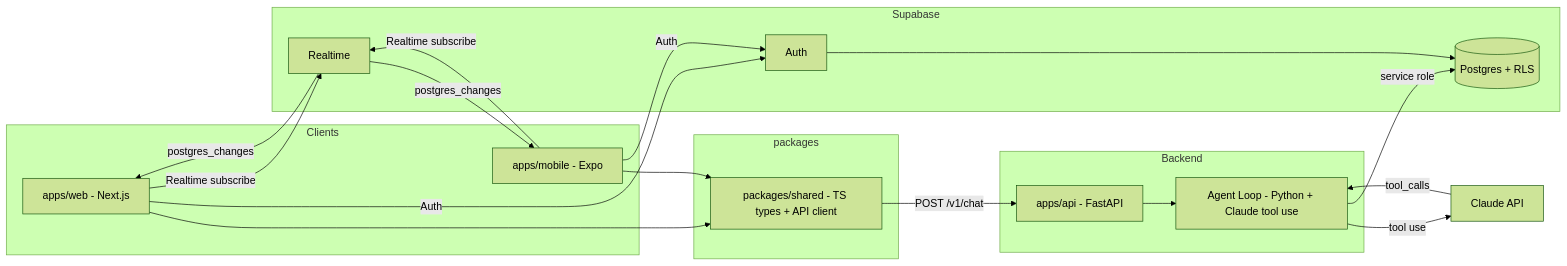
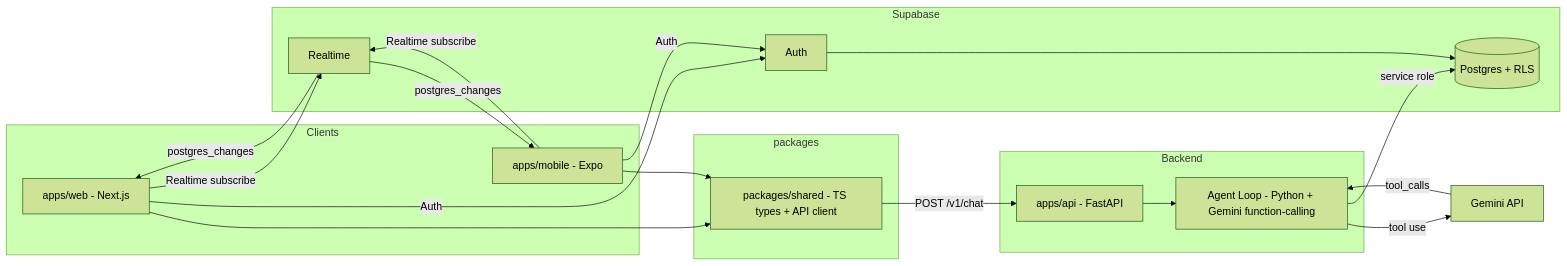
Before and after one commit to Arnavch2024/NextStop: the diagram in .kiro/specs/recruiting-platform-mvp/design.md, drawn with Mermaid (forest theme). The commit also changed other lines of this file and 11 other files, not shown here.

Commit message:
feat(day3): task 6.1 shared-lake schema migration

````diff
--- a/.kiro/specs/recruiting-platform-mvp/design.md
+++ b/.kiro/specs/recruiting-platform-mvp/design.md
@@ -5,32 +5,32 @@
 ```mermaid
 flowchart LR
   subgraph Clients
     W[apps/web - Next.js]
     M[apps/mobile - Expo]
   end
   subgraph packages
     S[packages/shared - TS types + API client]
   end
   subgraph Backend
     A[apps/api - FastAPI]
-    AG[Agent Loop - Python + Claude tool use]
+    AG[Agent Loop - Python + Gemini function-calling]
   end
   subgraph Supabase
     DB[(Postgres + RLS)]
     AUTH[Auth]
     RT[Realtime]
   end
-  CL[Claude API]
+  CL[Gemini API]
 
   W --> S
   M --> S
   S -->|POST /v1/chat| A
   A --> AG
   AG -->|tool use| CL
   CL -->|tool_calls| AG
   AG -->|service role| DB
   W & M -->|Auth| AUTH
   W & M -->|Realtime subscribe| RT
   RT -->|postgres_changes| W & M
   AUTH --> DB
 ```
````
